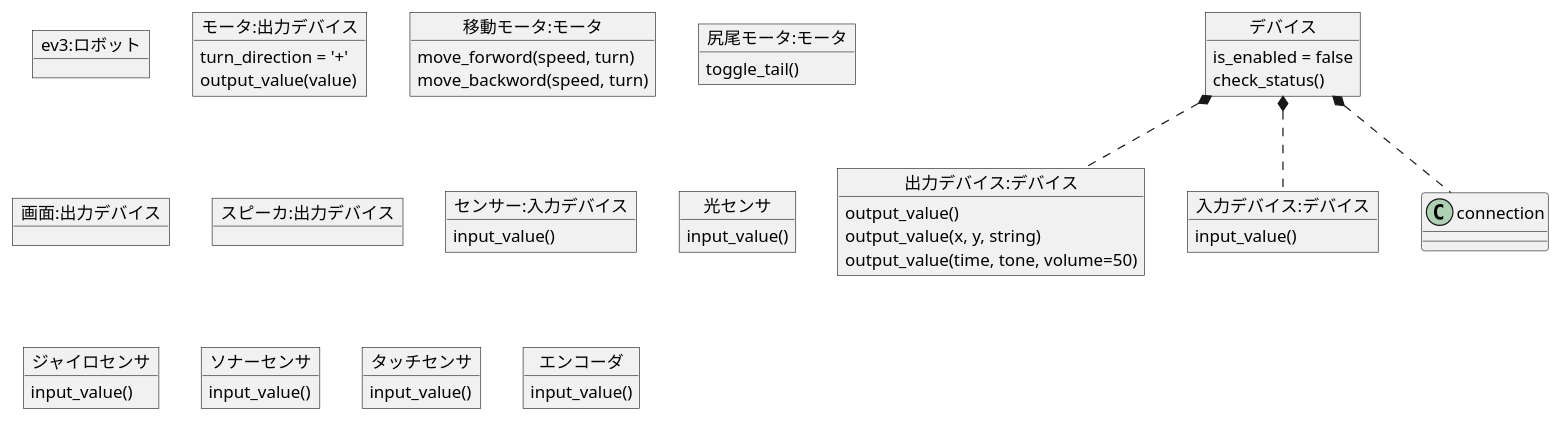
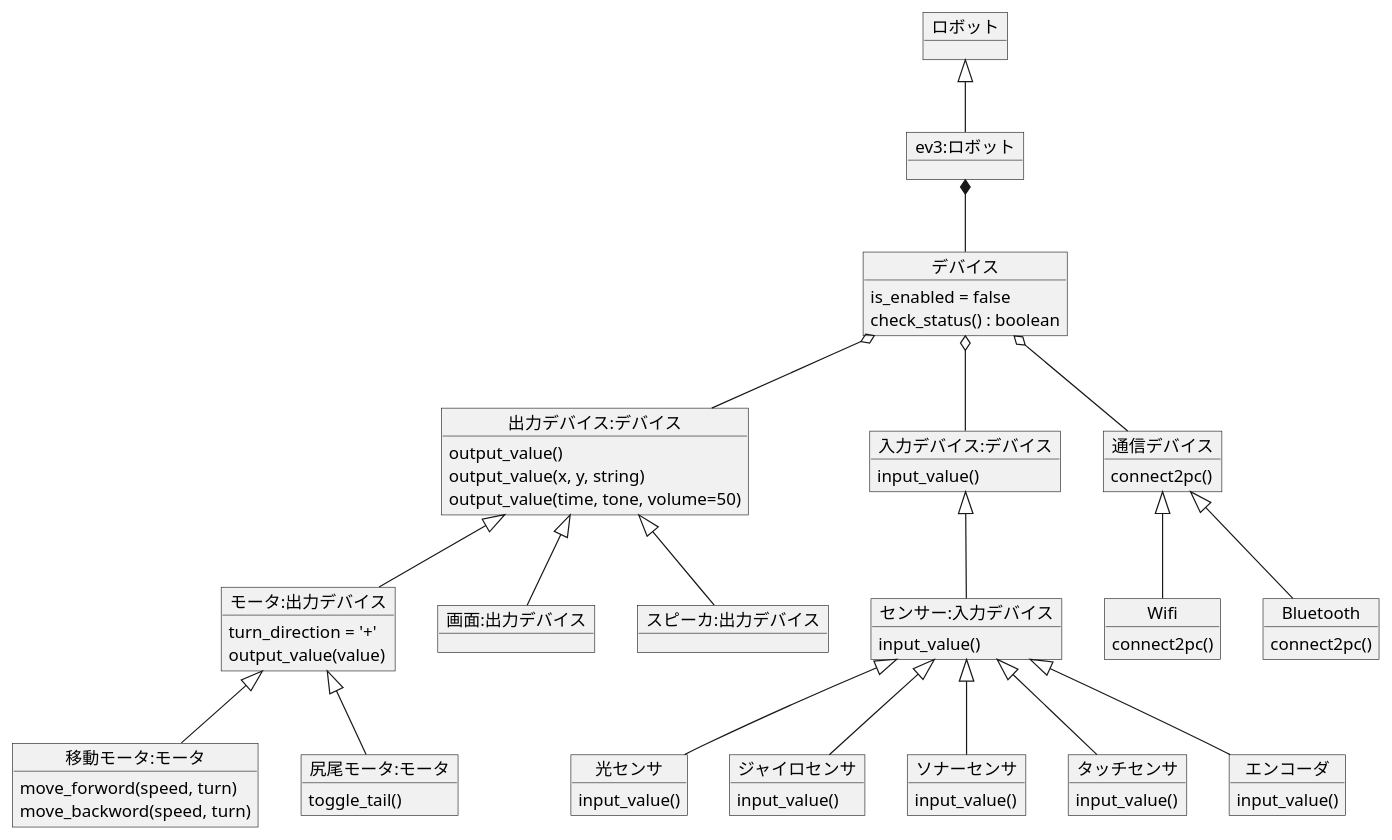
The diagram in diagram/object/concept/devise/ev3.pu (SLP-KBIT/ETR2015), drawn with PlantUML before and after one commit. The commit also changed 2 other files, not shown here.

Commit message:
(maxmellon:concept:object.ev3) :pencil: edit object diagram

```diff
--- a/diagram/object/concept/devise/ev3.pu
+++ b/diagram/object/concept/devise/ev3.pu
@@ -1,46 +1,70 @@
 @startuml ev3.png
 
 top to bottom direction
+object "ロボット" as robo
 
-object "ev3:ロボット" as robo
-'------ devise
-object "デバイス" as devise
-devise : is_enabled = false
-devise : check_status()
-  '------ output interfaces
-  object "出力デバイス:デバイス" as output
-  output : output_value()
-    '------ moter
-    object "モータ:出力デバイス" as moter
-    moter : turn_direction = '+'
-    moter : output_value(value)
-      object "移動モータ:モータ" as move
-      move : move_forword(speed, turn)
-      move : move_backword(speed, turn)
-      object "尻尾モータ:モータ" as tail
-      tail : toggle_tail()
-    '------ other
-    object "画面:出力デバイス" as display
-    output : output_value(x, y, string)
-    object "スピーカ:出力デバイス" as speaker
-    output : output_value(time, tone, volume=50)
-  '------ input interfaces
-  object "入力デバイス:デバイス" as input
-  input : input_value()
-    object "センサー:入力デバイス" as cencer
-    cencer : input_value()
-    object "光センサ" as light
-    light : input_value()
-    object "ジャイロセンサ" as jyro
-    jyro : input_value()
-    object "ソナーセンサ" as sonar
-    sonar : input_value()
-    object "タッチセンサ" as touch
-    touch : input_value()
-    object "エンコーダ" as encoder
-    encoder : input_value()
-devise *.. input
-devise *.. output
-devise *.. connection
+object "ev3:ロボット" as ev3
+  '------ devise
+  object "デバイス" as devise
+  devise : is_enabled = false
+  devise : check_status() : boolean
+    '------ output interfaces
+    object "出力デバイス:デバイス" as output
+    output : output_value()
+      '------ moter
+      object "モータ:出力デバイス" as moter
+      moter : turn_direction = '+'
+      moter : output_value(value)
+        object "移動モータ:モータ" as move
+        move : move_forword(speed, turn)
+        move : move_backword(speed, turn)
+        object "尻尾モータ:モータ" as tail
+        tail : toggle_tail()
+      '------ other
+      object "画面:出力デバイス" as display
+      output : output_value(x, y, string)
+      object "スピーカ:出力デバイス" as speaker
+      output : output_value(time, tone, volume=50)
+    '------ input interfaces
+    object "入力デバイス:デバイス" as input
+    input : input_value()
+      object "センサー:入力デバイス" as censor
+      censor : input_value()
+      object "光センサ" as light
+      light : input_value()
+      object "ジャイロセンサ" as jyro
+      jyro : input_value()
+      object "ソナーセンサ" as sonar
+      sonar : input_value()
+      object "タッチセンサ" as touch
+      touch : input_value()
+      object "エンコーダ" as encoder
+      encoder : input_value()
+    '------ connector interfaces
+    object "通信デバイス" as connector
+    connector : connect2pc()
+      object "Wifi" as wifi
+      wifi : connect2pc()
+      object "Bluetooth" as bluetooth
+      bluetooth : connect2pc()
+
+robo <|-- ev3
+  ev3 *-- devise
+    devise o-- output
+      output <|-- moter
+        moter <|-- move
+        moter <|-- tail
+      output <|-- display
+      output <|-- speaker
+    devise o-- input
+      input <|-- censor
+        censor <|-- light
+        censor <|-- jyro
+        censor <|-- sonar
+        censor <|-- touch
+        censor <|-- encoder
+    devise o-- connector
+      connector <|-- wifi
+      connector <|-- bluetooth
 
 @enduml
```
